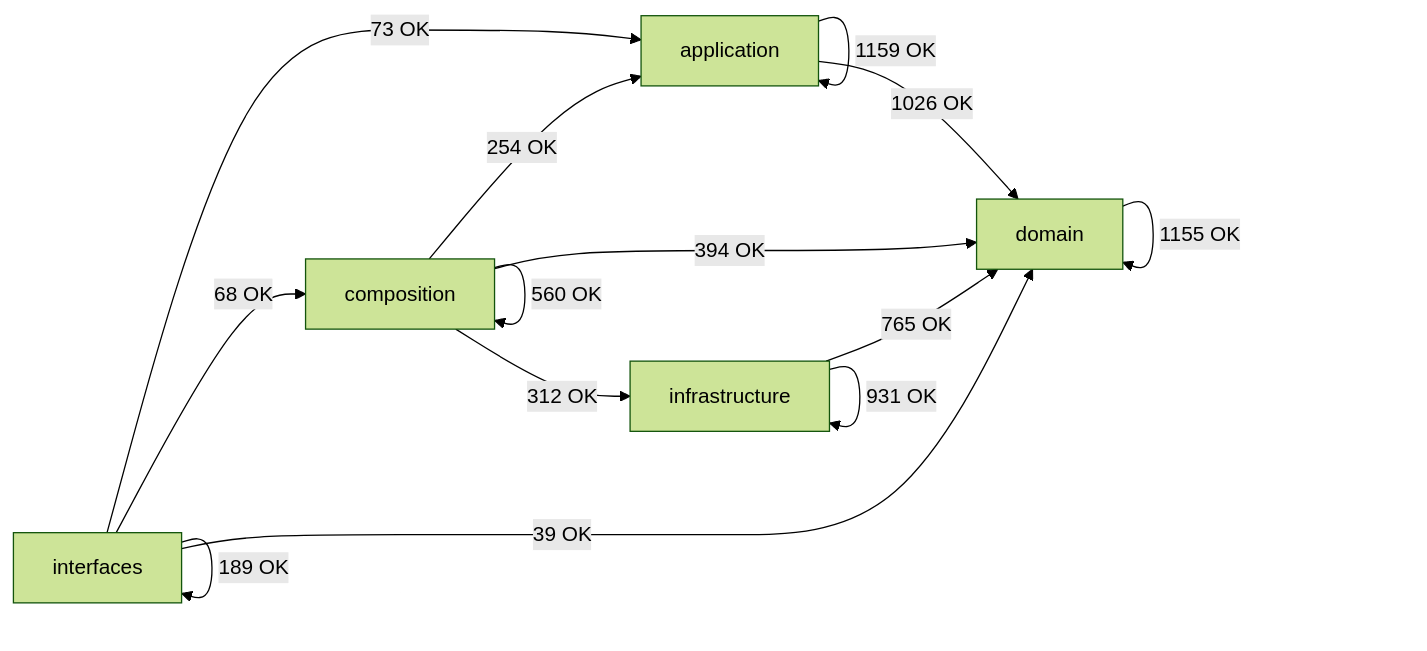
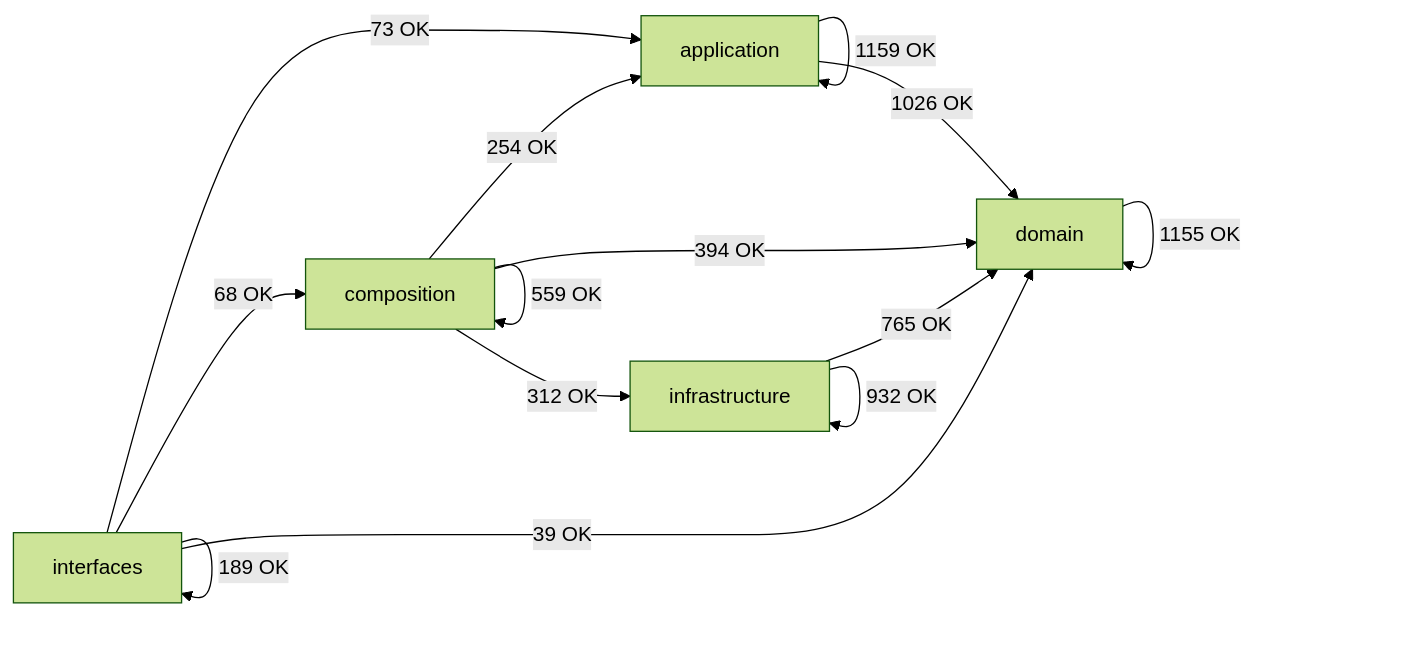
The diagram in docs/02-architecture/generated/module-dependency-map.md (SatoryKono/BioactivityDataAcquisition), drawn with Mermaid (forest theme) before and after one commit. The commit also changed other lines of this file and 14 other files, not shown here.

````diff
--- a/docs/02-architecture/generated/module-dependency-map.md
+++ b/docs/02-architecture/generated/module-dependency-map.md
@@ -17,21 +17,21 @@
 ```mermaid
 flowchart LR
     domain[domain]
     application[application]
     infrastructure[infrastructure]
     composition[composition]
     interfaces[interfaces]
     application -->|1159 OK| application
     application -->|1026 OK| domain
     composition -->|254 OK| application
-    composition -->|560 OK| composition
+    composition -->|559 OK| composition
     composition -->|394 OK| domain
     composition -->|312 OK| infrastructure
     domain -->|1155 OK| domain
     infrastructure -->|765 OK| domain
-    infrastructure -->|931 OK| infrastructure
+    infrastructure -->|932 OK| infrastructure
     interfaces -->|73 OK| application
     interfaces -->|68 OK| composition
     interfaces -->|39 OK| domain
     interfaces -->|189 OK| interfaces
 ```
````
